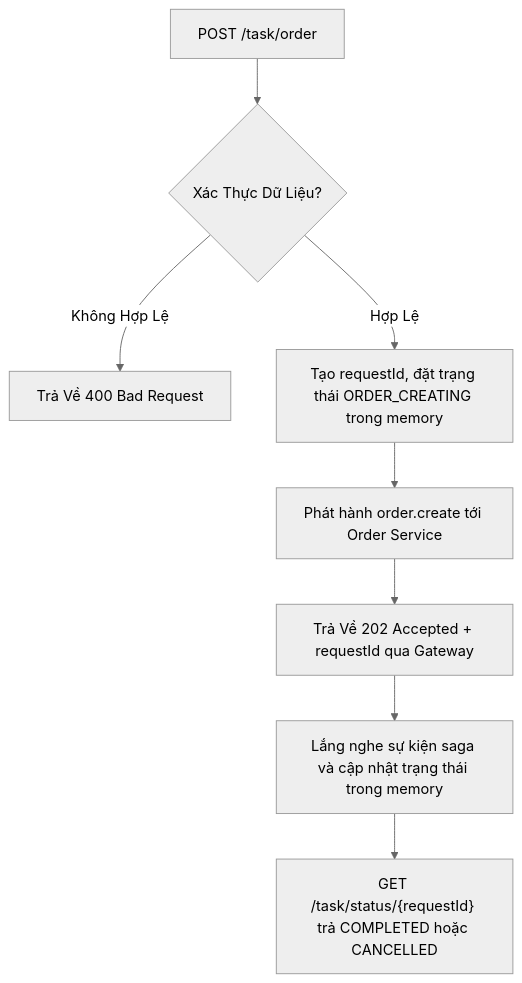
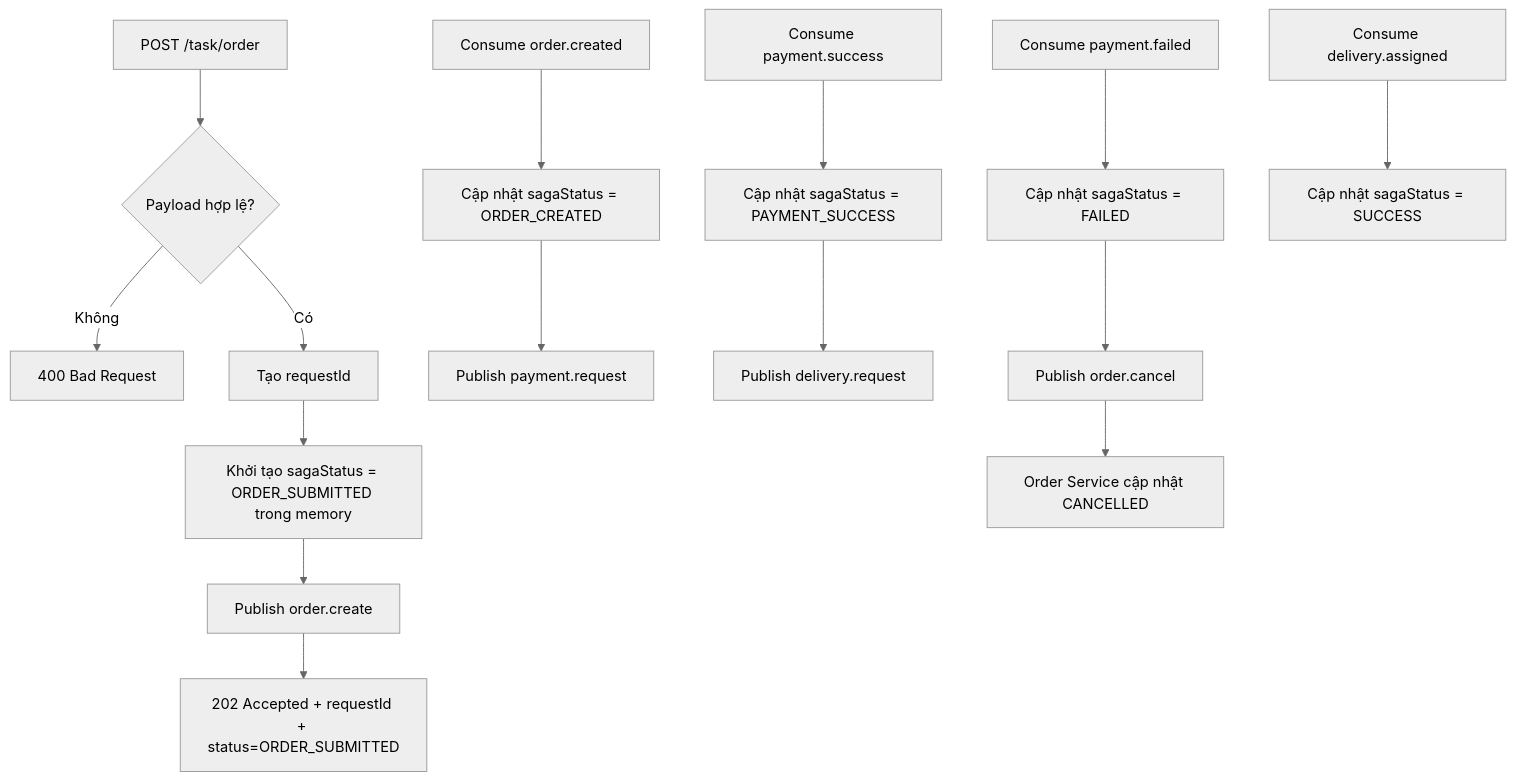
One commit to Dung1409/SOA changed the third of 7 diagrams in analysis-and-design-new.md. Above: the diagram before and after it, drawn with Mermaid (neutral theme). The commit also changed other lines of this file and 1 other file, not shown here.

Commit message:
remove endpoint: /task/order/status + modify doc

````diff
--- a/analysis-and-design-new.md
+++ b/analysis-and-design-new.md
@@ -261,10 +272,21 @@
 ```mermaid
 flowchart TD
-  A["POST /task/order"] --> B{Xác Thực Dữ Liệu?}
-  B -->|Không Hợp Lệ| C["Trả Về 400 Bad Request"]
-  B -->|Hợp Lệ| D["Tạo requestId, đặt trạng thái ORDER_CREATING trong memory"]
-  D --> E["Phát hành order.create tới Order Service"]
-  E --> F["Trả Về 202 Accepted + requestId qua Gateway"]
-  F --> G["Lắng nghe sự kiện saga và cập nhật trạng thái trong memory"]
-  G --> H["GET /task/status/{requestId} trả COMPLETED hoặc CANCELLED"]
+  A["POST /task/order"] --> B{Payload hợp lệ?}
+  B -->|Không| C["400 Bad Request"]
+  B -->|Có| D["Tạo requestId"]
+  D --> E["Khởi tạo sagaStatus = ORDER_SUBMITTED trong memory"]
+  E --> F["Publish order.create"]
+  F --> G["202 Accepted + requestId + status=ORDER_SUBMITTED"]
+
+  H["Consume order.created"] --> I["Cập nhật sagaStatus = ORDER_CREATED"]
+  I --> J["Publish payment.request"]
+
+  K["Consume payment.success"] --> L["Cập nhật sagaStatus = PAYMENT_SUCCESS"]
+  L --> M["Publish delivery.request"]
+
+  N["Consume payment.failed"] --> O["Cập nhật sagaStatus = FAILED"]
+  O --> P["Publish order.cancel"]
+  P --> Q["Order Service cập nhật CANCELLED"]
+
+  R["Consume delivery.assigned"] --> S["Cập nhật sagaStatus = SUCCESS"]
 ```
````
